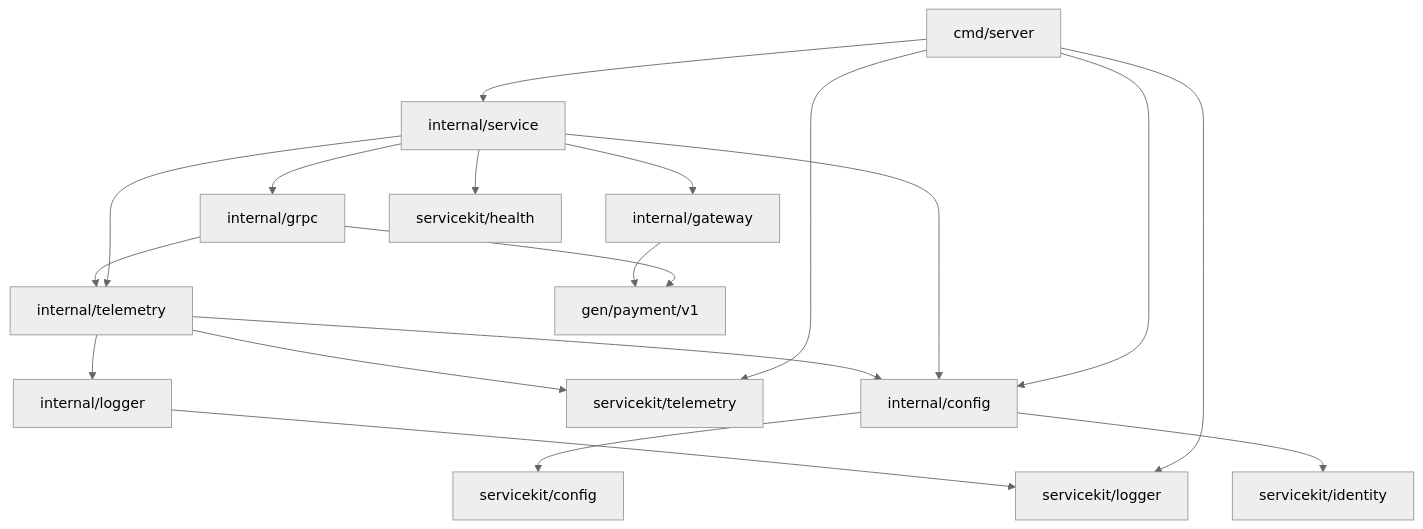
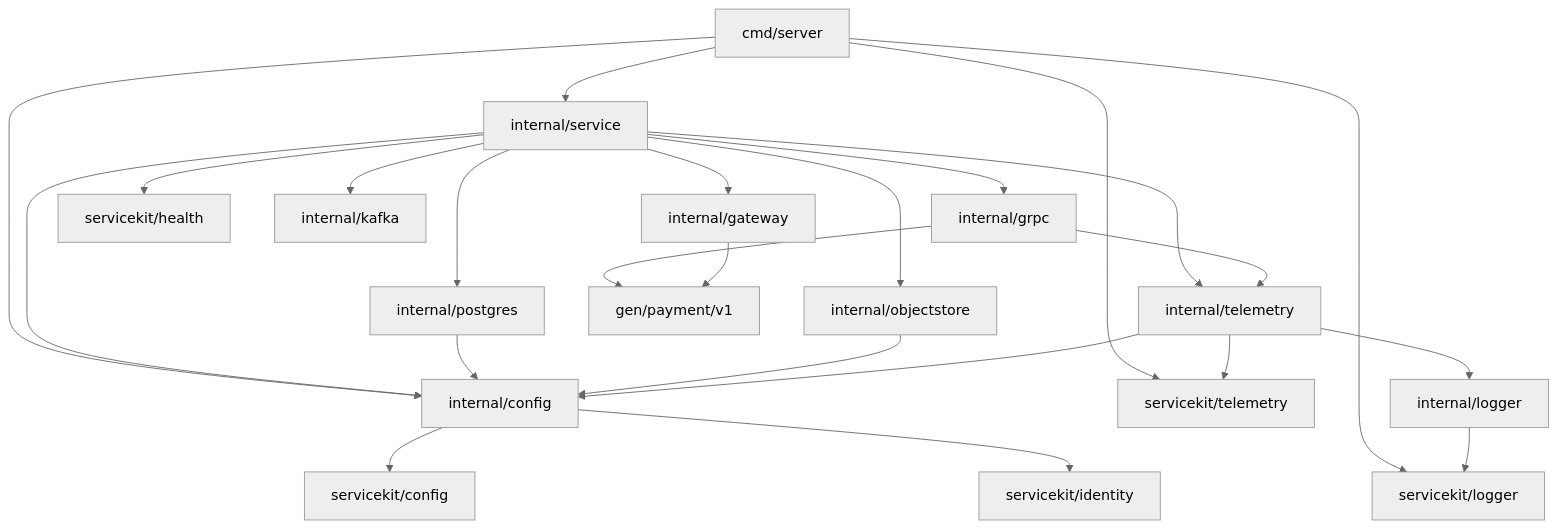
The diagram in services/payment-service/README.md (igor-baiborodine/insurance-hub), drawn with Mermaid (neutral theme) before and after one commit. The commit also changed other lines of this file and 30 other files, not shown here.

````diff
--- a/services/payment-service/README.md
+++ b/services/payment-service/README.md
@@ -352,21 +375,26 @@
 ```mermaid
 flowchart TD
     entry["cmd/server"] --> composition["internal/service"]
     entry --> config["internal/config"]
     entry --> sharedLogger["servicekit/logger"]
     entry --> sharedTelemetry["servicekit/telemetry"]
     composition --> grpc["internal/grpc"]
     composition --> gateway["internal/gateway"]
     composition --> health["servicekit/health"]
     composition --> telemetry["internal/telemetry"]
     composition --> config
+    composition --> postgres["internal/postgres"]
+    composition --> objectstore["internal/objectstore"]
+    composition --> kafka["internal/kafka"]
+    postgres --> config
+    objectstore --> config
     grpc --> telemetry
     grpc --> generated["gen/payment/v1"]
     gateway --> generated
     telemetry --> config
     telemetry --> logger["internal/logger"]
     telemetry --> sharedTelemetry
     logger --> sharedLogger
     config --> sharedConfig["servicekit/config"]
     config --> sharedIdentity["servicekit/identity"]
 ```
````
